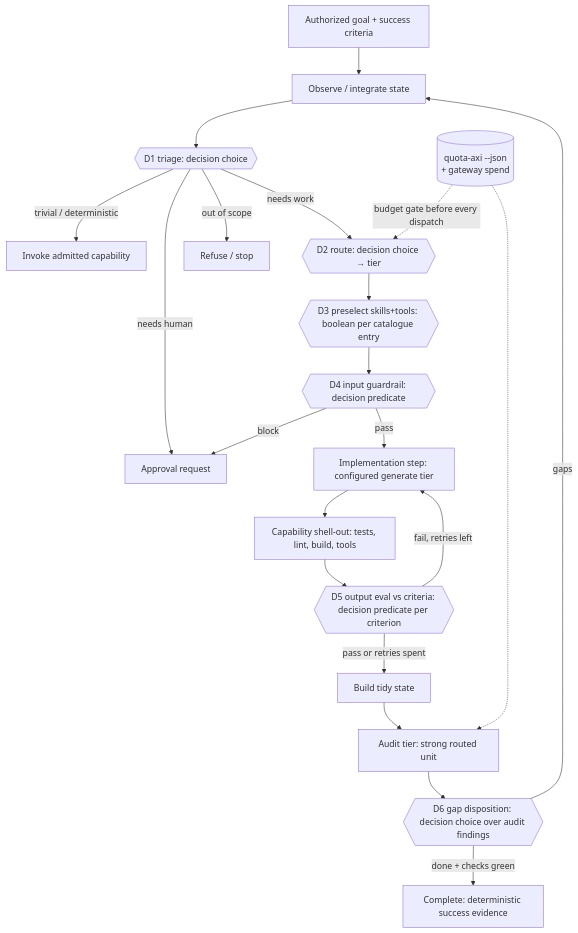
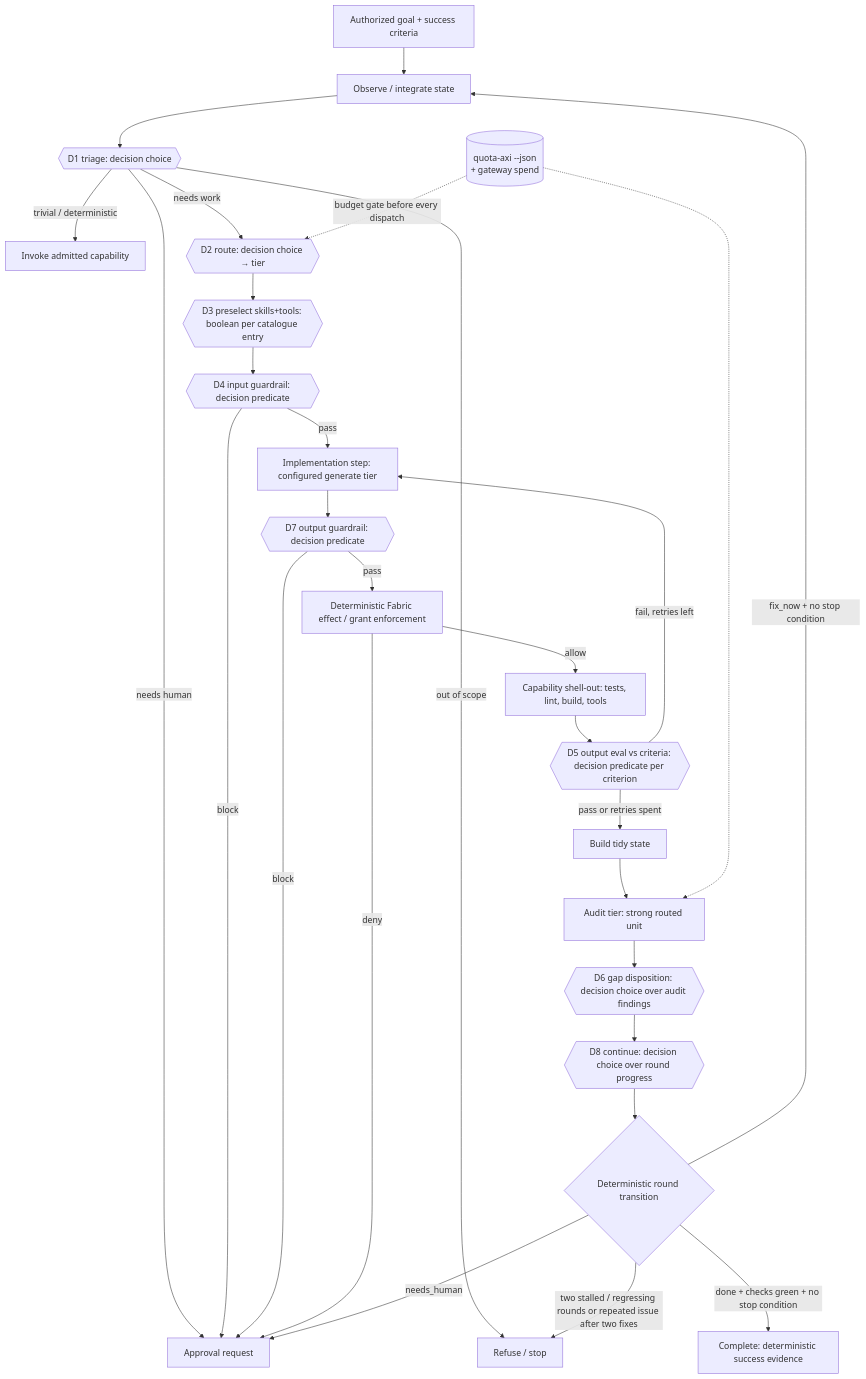
One commit to CrowBe/weave changed the diagram in docs/m7-decision-loop.md. Above: the diagram before and after it, drawn with Mermaid. The commit also changed other lines of this file and 2 other files, not shown here.

Commit message:
Define P5 decision site contracts and complete the M7 flowchart

````diff
--- a/docs/m7-decision-loop.md
+++ b/docs/m7-decision-loop.md
@@ -28,23 +28,31 @@
 ```mermaid
 flowchart TD
   G[Authorized goal + success criteria] --> O[Observe / integrate state]
   O --> T{{D1 triage: decision choice}}
   T -->|trivial / deterministic| CAP[Invoke admitted capability]
   T -->|needs work| R{{D2 route: decision choice → tier}}
   T -->|needs human| ASK[Approval request]
   T -->|out of scope| STOP[Refuse / stop]
   R --> PRE{{D3 preselect skills+tools: boolean per catalogue entry}}
   PRE --> GR{{D4 input guardrail: decision predicate}}
   GR -->|block| ASK
   GR -->|pass| IMPL[Implementation step: configured generate tier]
-  IMPL --> SH[Capability shell-out: tests, lint, build, tools]
+  IMPL --> OUT{{D7 output guardrail: decision predicate}}
+  OUT -->|block| ASK
+  OUT -->|pass| EFFECT[Deterministic Fabric effect / grant enforcement]
+  EFFECT -->|deny| ASK
+  EFFECT -->|allow| SH[Capability shell-out: tests, lint, build, tools]
   SH --> OE{{D5 output eval vs criteria: decision predicate per criterion}}
   OE -->|fail, retries left| IMPL
   OE -->|pass or retries spent| TS[Build tidy state]
   TS --> AUD[Audit tier: strong routed unit]
   AUD --> GAP{{D6 gap disposition: decision choice over audit findings}}
-  GAP -->|gaps| O
-  GAP -->|done + checks green| DONE[Complete: deterministic success evidence]
+  GAP --> CONT{{D8 continue: decision choice over round progress}}
+  CONT --> NEXT{Deterministic round transition}
+  NEXT -->|two stalled / regressing rounds or repeated issue after two fixes| STOP
+  NEXT -->|fix_now + no stop condition| O
+  NEXT -->|needs_human| ASK
+  NEXT -->|done + checks green + no stop condition| DONE[Complete: deterministic success evidence]
   Q[(quota-axi --json<br/>+ gateway spend)] -.budget gate before every dispatch.-> R
   Q -.-> AUD
 ```
````
